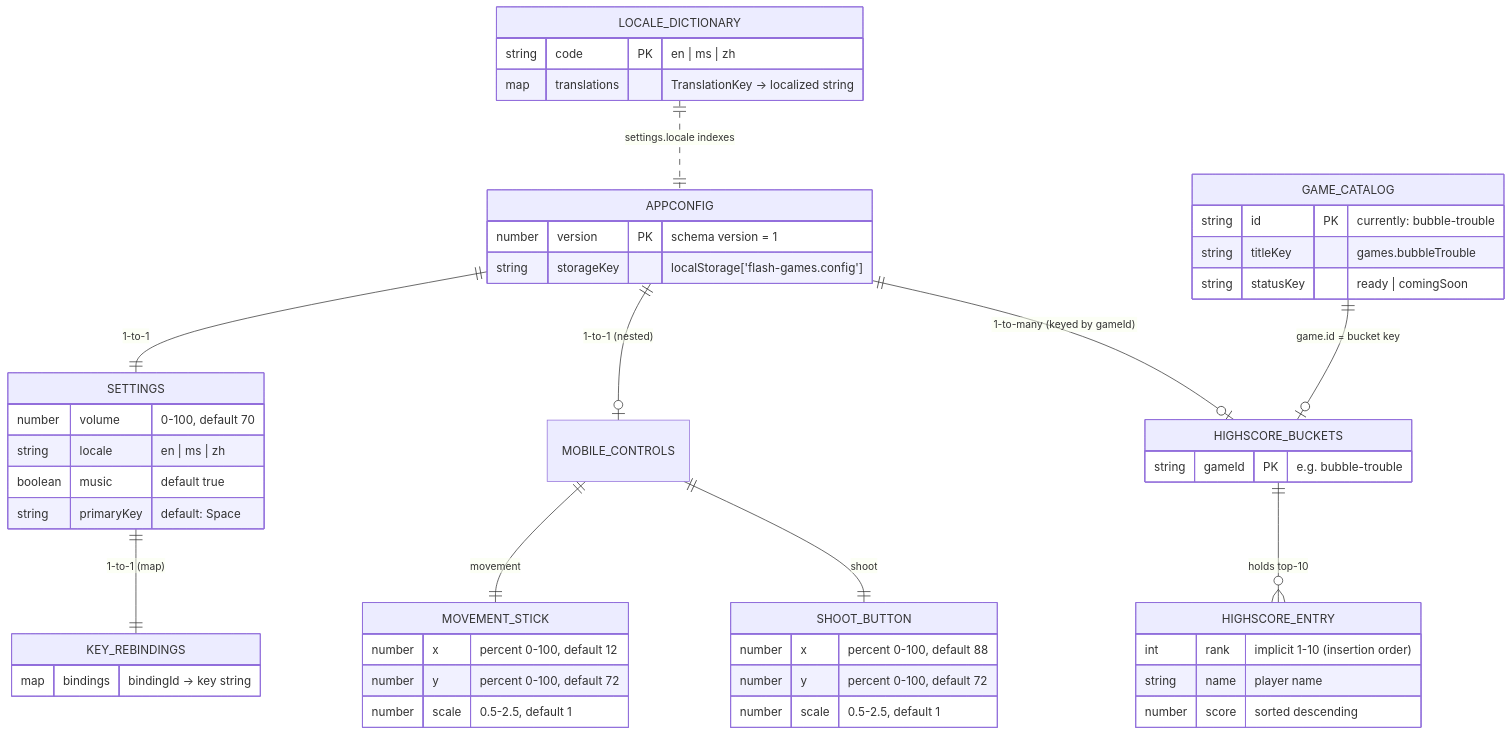
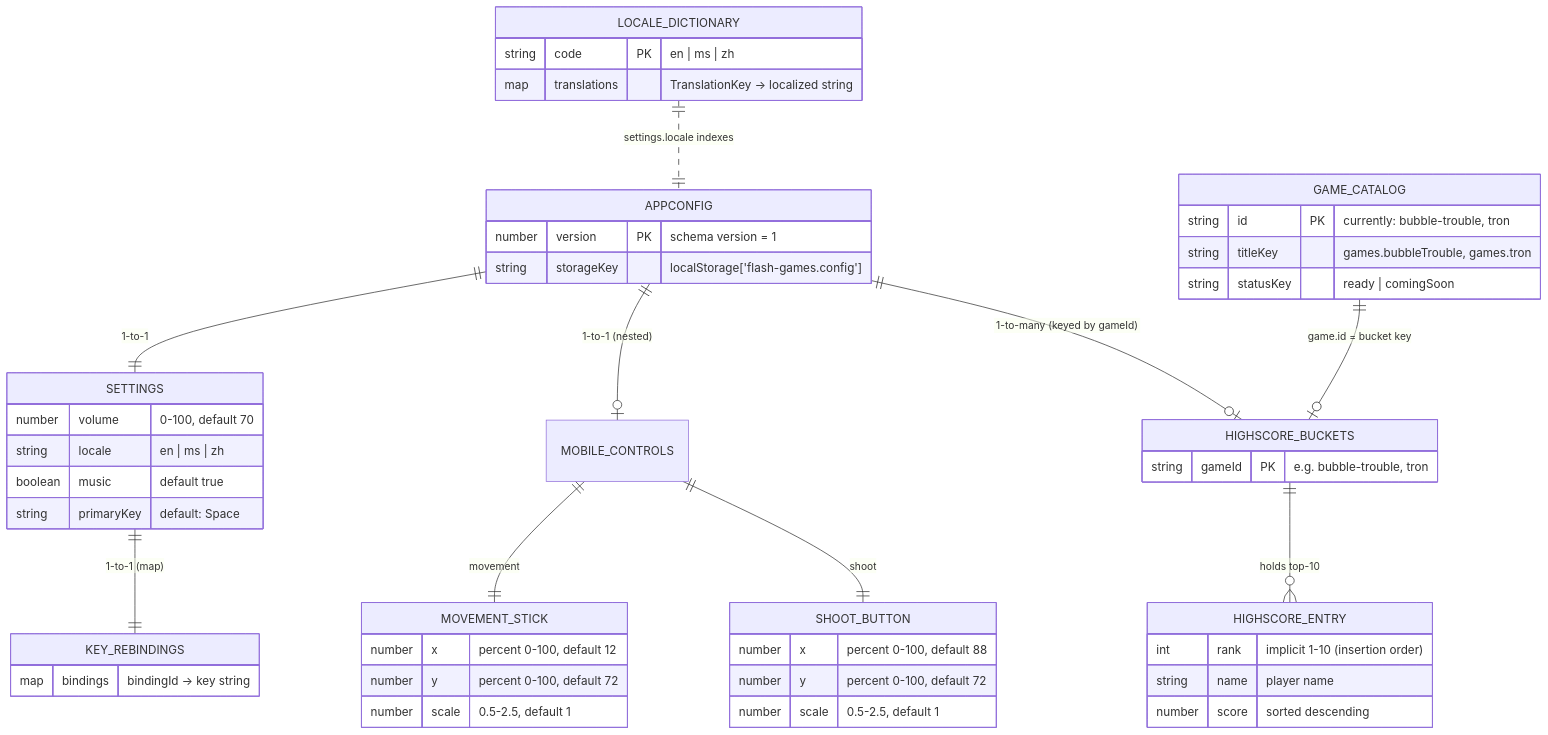
One commit to EdwardOYM/react-flash-games changed the diagram in .github/diagram/database-schema.md. Above: the diagram before and after it, drawn with Mermaid. The commit also changed other lines of this file and 2 other files, not shown here.

Commit message:
Update Tron game plan and architecture diagrams for clarity and synchronization

````diff
--- a/.github/diagram/database-schema.md
+++ b/.github/diagram/database-schema.md
@@ -28,58 +28,58 @@
 ```mermaid
 erDiagram
     APPCONFIG ||--|| SETTINGS : "1-to-1"
     APPCONFIG ||--o| MOBILE_CONTROLS : "1-to-1 (nested)"
     APPCONFIG ||--o| HIGHSCORE_BUCKETS : "1-to-many (keyed by gameId)"
     APPCONFIG {
         number version PK "schema version = 1"
         string storageKey "localStorage['flash-games.config']"
     }
 
     SETTINGS ||--|| KEY_REBINDINGS : "1-to-1 (map)"
     SETTINGS {
         number volume "0-100, default 70"
         string locale "en | ms | zh"
         boolean music "default true"
         string primaryKey "default: Space"
     }
 
     KEY_REBINDINGS {
         map bindings "bindingId -> key string"
     }
 
     MOBILE_CONTROLS ||--|| MOVEMENT_STICK : "movement"
     MOBILE_CONTROLS ||--|| SHOOT_BUTTON : "shoot"
     MOVEMENT_STICK {
         number x "percent 0-100, default 12"
         number y "percent 0-100, default 72"
         number scale "0.5-2.5, default 1"
     }
     SHOOT_BUTTON {
         number x "percent 0-100, default 88"
         number y "percent 0-100, default 72"
         number scale "0.5-2.5, default 1"
     }
 
     GAME_CATALOG {
-        string id PK "currently: bubble-trouble"
-        string titleKey "games.bubbleTrouble"
+        string id PK "currently: bubble-trouble, tron"
+        string titleKey "games.bubbleTrouble, games.tron"
         string statusKey "ready | comingSoon"
     }
     GAME_CATALOG ||--o| HIGHSCORE_BUCKETS : "game.id = bucket key"
 
     HIGHSCORE_BUCKETS {
-        string gameId PK "e.g. bubble-trouble"
+        string gameId PK "e.g. bubble-trouble, tron"
     }
     HIGHSCORE_BUCKETS ||--o{ HIGHSCORE_ENTRY : "holds top-10"
     HIGHSCORE_ENTRY {
         int rank "implicit 1-10 (insertion order)"
         string name "player name"
         number score "sorted descending"
     }
 
     LOCALE_DICTIONARY ||..|| APPCONFIG : "settings.locale indexes"
     LOCALE_DICTIONARY {
         string code PK "en | ms | zh"
         map translations "TranslationKey -> localized string"
     }
 ```
````
